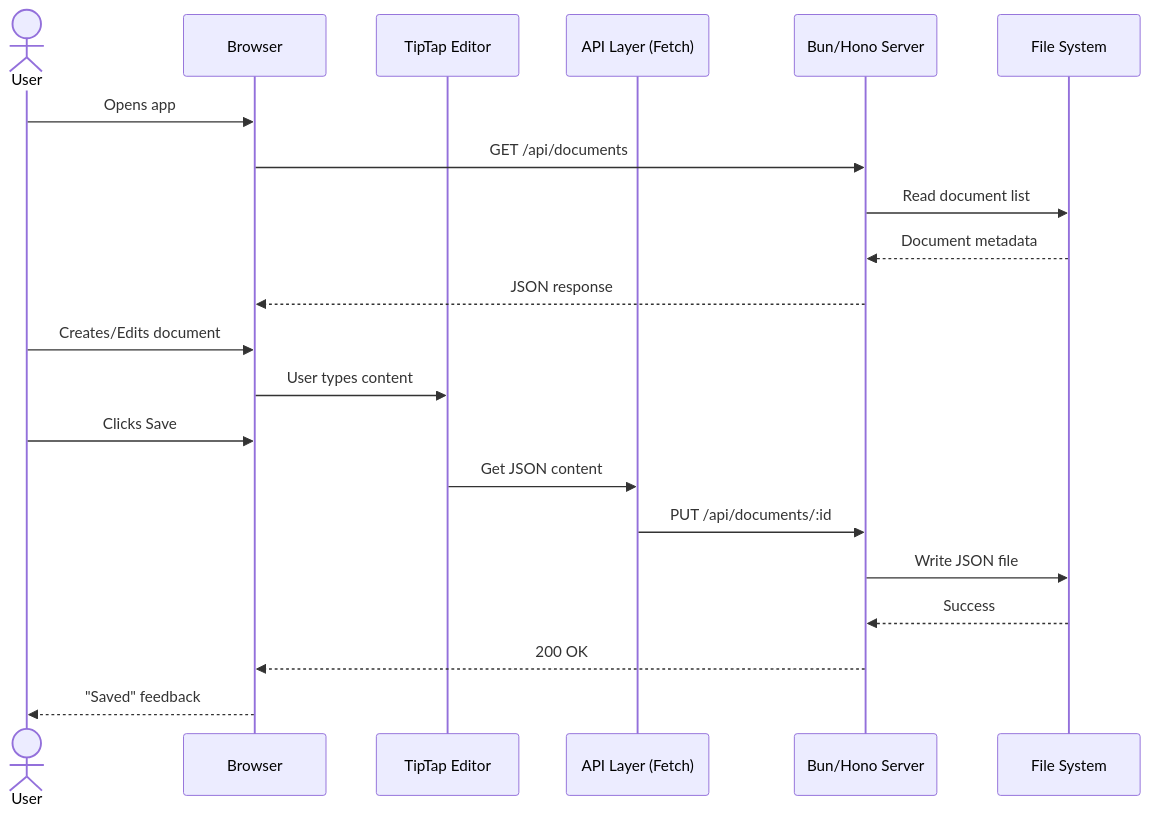
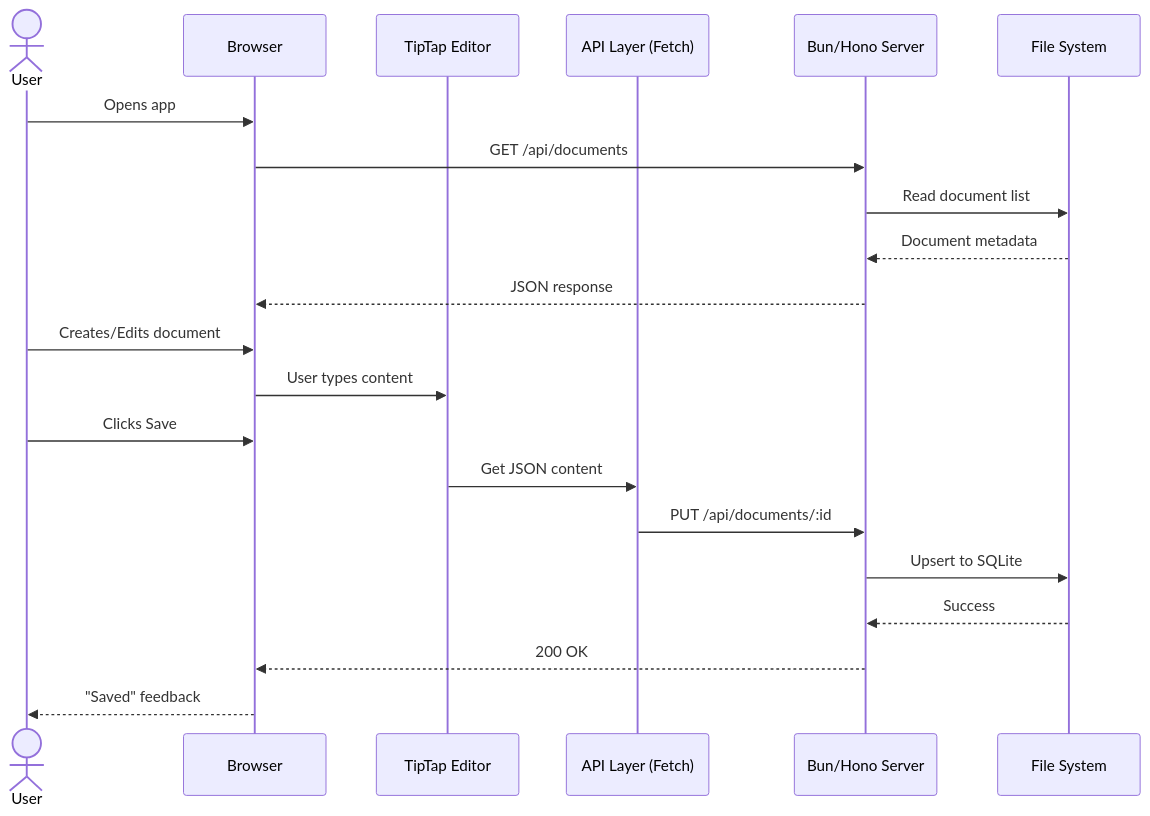
Before and after one commit to steeltroops-ai/smart-office: the third of 5 diagrams in docs/02-poc-software-design.md, drawn with Mermaid. The commit also changed other lines of this file and 8 other files, not shown here.

Commit message:
feat: Upgrade to Enterprise V1 Architecture (SQLite, Locking, Auth)

````diff
--- a/docs/02-poc-software-design.md
+++ b/docs/02-poc-software-design.md
@@ -148,26 +149,26 @@
 ```mermaid
 sequenceDiagram
     actor User
     participant Browser
     participant Editor as TipTap Editor
     participant API as API Layer (Fetch)
     participant Server as Bun/Hono Server
     participant Storage as File System
     
     User->>Browser: Opens app
     Browser->>Server: GET /api/documents
     Server->>Storage: Read document list
     Storage-->>Server: Document metadata
     Server-->>Browser: JSON response
     
     User->>Browser: Creates/Edits document
     Browser->>Editor: User types content
     
     User->>Browser: Clicks Save
     Editor->>API: Get JSON content
     API->>Server: PUT /api/documents/:id
-    Server->>Storage: Write JSON file
+    Server->>Storage: Upsert to SQLite
     Storage-->>Server: Success
     Server-->>Browser: 200 OK
     Browser-->>User: "Saved" feedback
 ```
````
